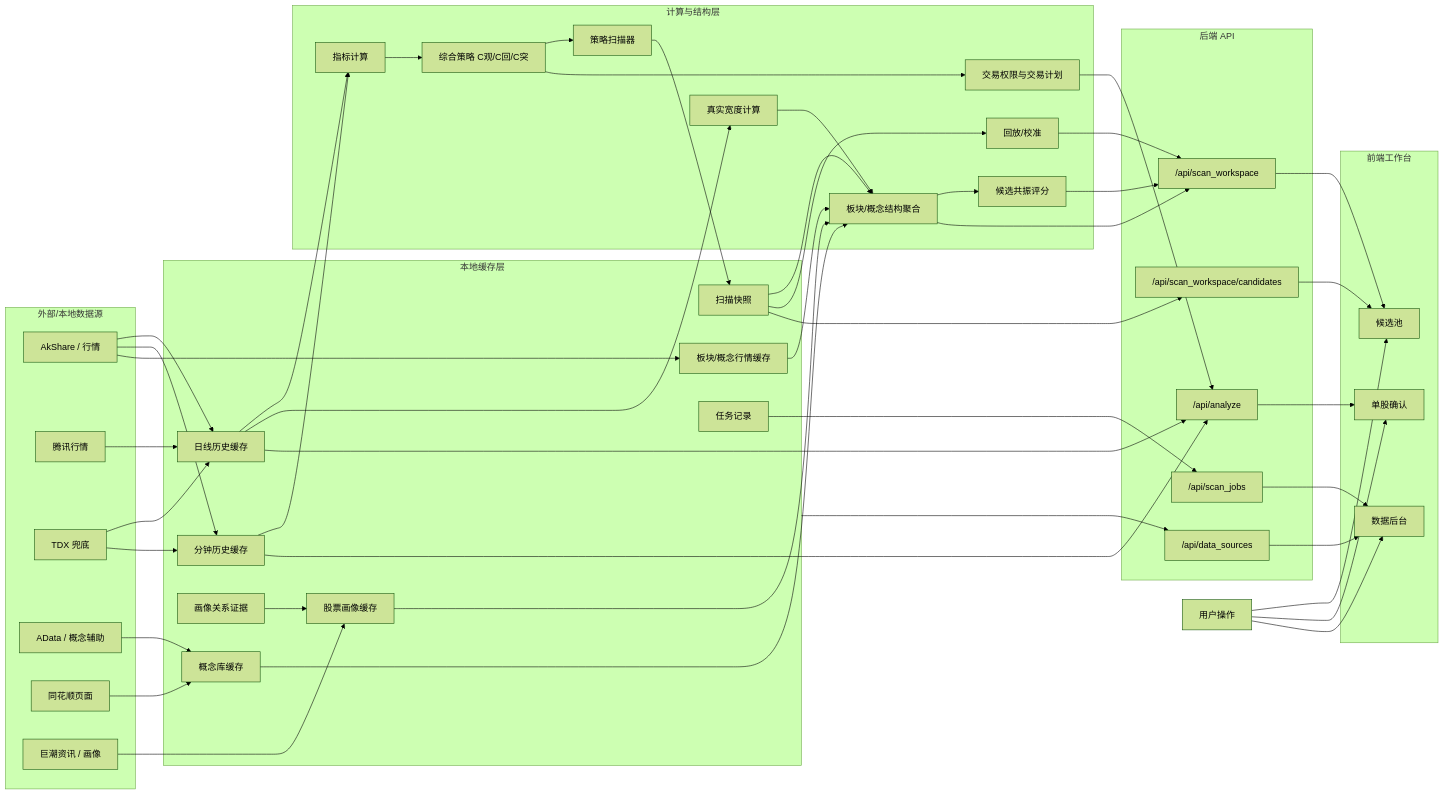
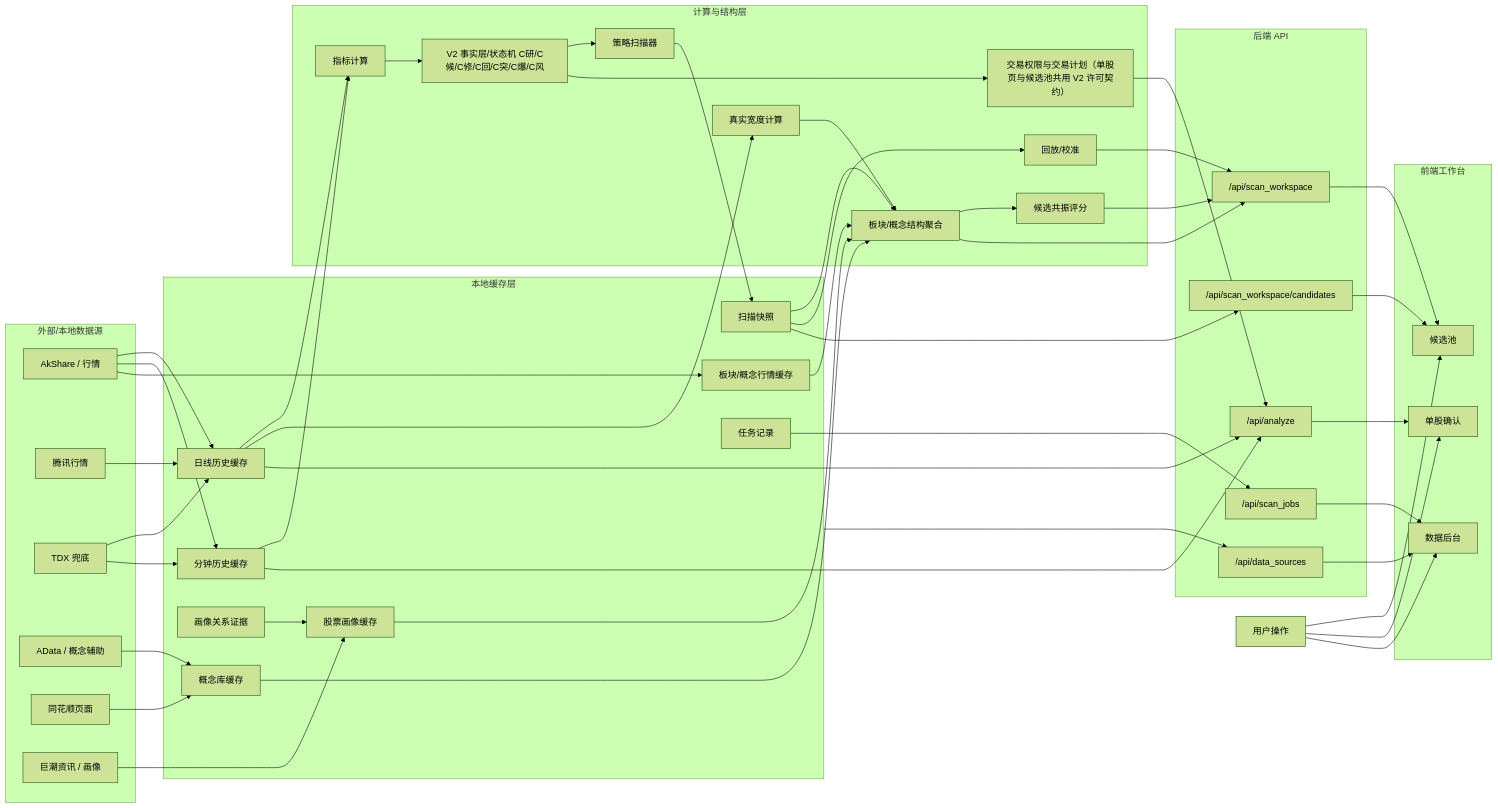
One commit to moyla-dva/stock changed the first of 4 diagrams in docs/data-flow.md. Above: the diagram before and after it, drawn with Mermaid (forest theme). The commit also changed 22 other files, not shown here.

```diff
--- a/docs/data-flow.md
+++ b/docs/data-flow.md
@@ -30,12 +30,12 @@
 
     subgraph compute["计算与结构层"]
         indicators["指标计算"]
-        strategy["综合策略 C观/C回/C突"]
+        strategy["V2 事实层/状态机 C研/C候/C修/C回/C突/C爆/C风"]
         scanner["策略扫描器"]
         breadth["真实宽度计算"]
         structure["板块/概念结构聚合"]
         resonance["候选共振评分"]
-        tradePlan["交易权限与交易计划"]
+        tradePlan["交易权限与交易计划（单股页与候选池共用 V2 许可契约）"]
         replay["回放/校准"]
     end
 
```
